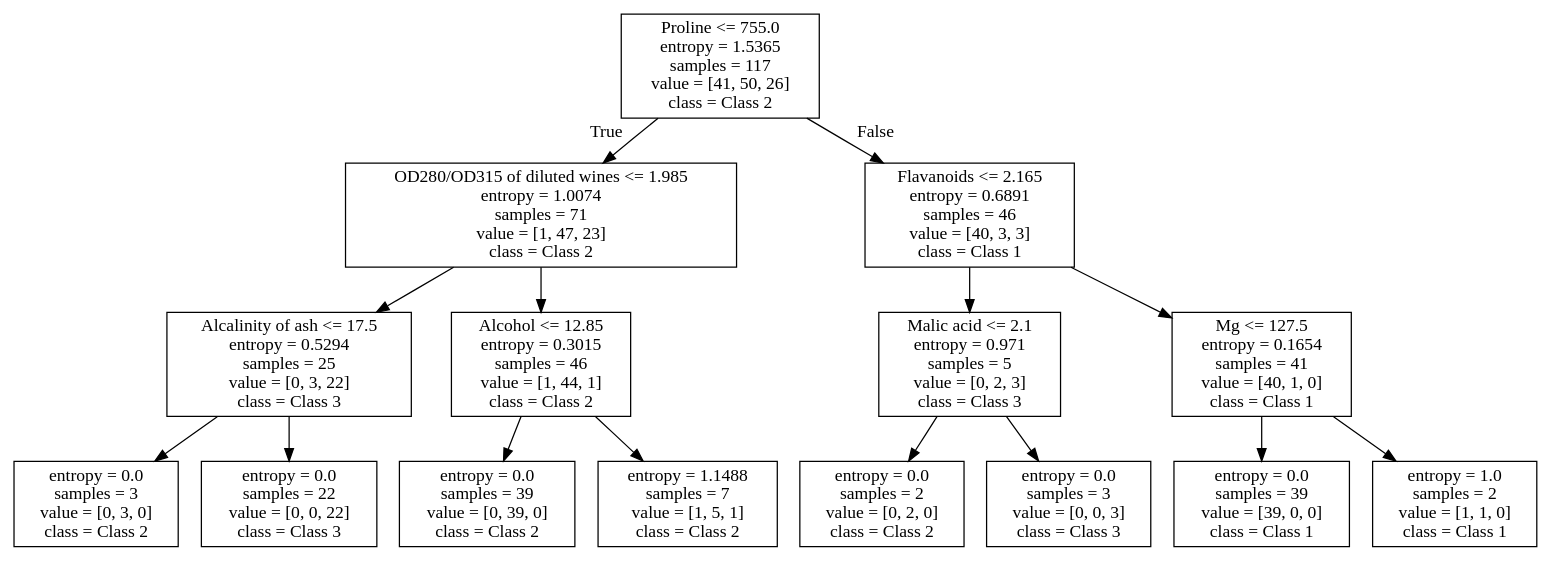
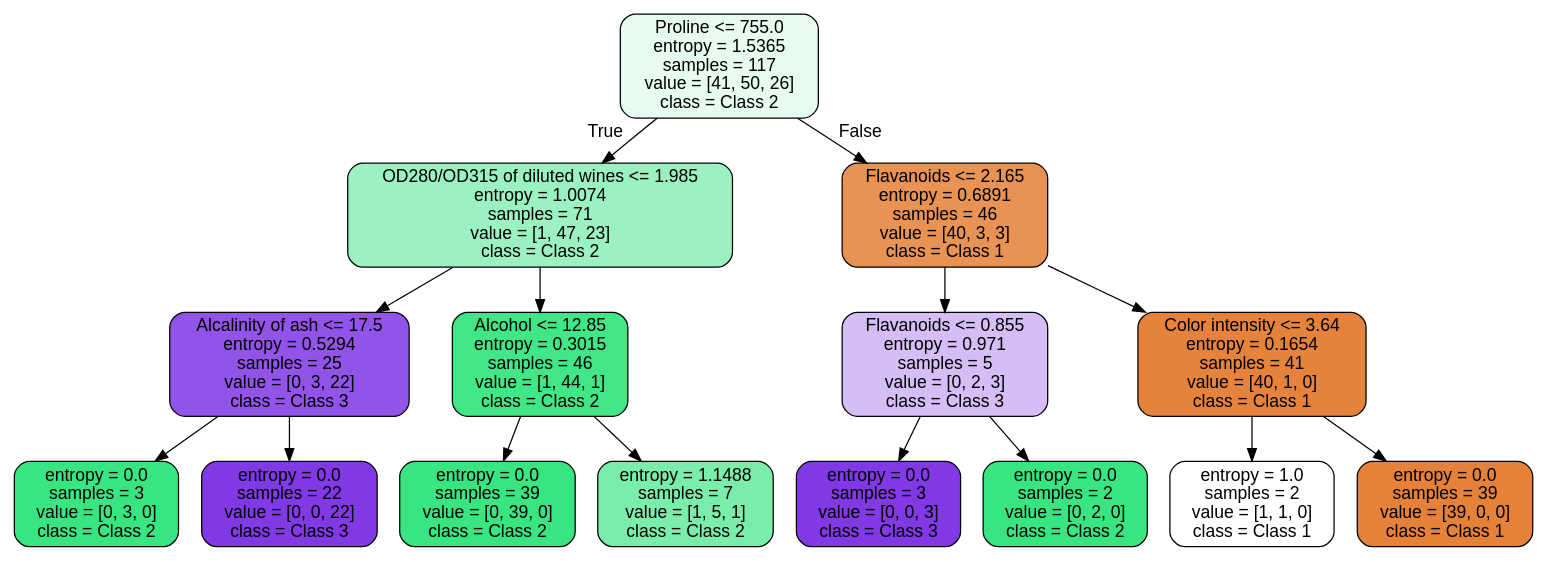
Before and after one commit to MattTriano/Advanced_Data_Mining: the diagram in assns/wine_tree.dot, drawn with Graphviz. The commit also changed 2 other files, not shown here.

```diff
--- a/assns/wine_tree.dot
+++ b/assns/wine_tree.dot
@@ -1,32 +1,33 @@
 digraph Tree {
-node [shape=box] ;
-0 [label="Proline <= 755.0\nentropy = 1.5365\nsamples = 117\nvalue = [41, 50, 26]\nclass = Class 2"] ;
-1 [label="OD280/OD315 of diluted wines <= 1.985\nentropy = 1.0074\nsamples = 71\nvalue = [1, 47, 23]\nclass = Class 2"] ;
+node [shape=box, style="filled, rounded", color="black", fontname=helvetica] ;
+edge [fontname=helvetica] ;
+0 [label="Proline <= 755.0\nentropy = 1.5365\nsamples = 117\nvalue = [41, 50, 26]\nclass = Class 2", fillcolor="#39e5811e"] ;
+1 [label="OD280/OD315 of diluted wines <= 1.985\nentropy = 1.0074\nsamples = 71\nvalue = [1, 47, 23]\nclass = Class 2", fillcolor="#39e58180"] ;
 0 -> 1 [labeldistance=2.5, labelangle=45, headlabel="True"] ;
-2 [label="Alcalinity of ash <= 17.5\nentropy = 0.5294\nsamples = 25\nvalue = [0, 3, 22]\nclass = Class 3"] ;
+2 [label="Alcalinity of ash <= 17.5\nentropy = 0.5294\nsamples = 25\nvalue = [0, 3, 22]\nclass = Class 3", fillcolor="#8139e5dc"] ;
 1 -> 2 ;
-3 [label="entropy = 0.0\nsamples = 3\nvalue = [0, 3, 0]\nclass = Class 2"] ;
+3 [label="entropy = 0.0\nsamples = 3\nvalue = [0, 3, 0]\nclass = Class 2", fillcolor="#39e581ff"] ;
 2 -> 3 ;
-4 [label="entropy = 0.0\nsamples = 22\nvalue = [0, 0, 22]\nclass = Class 3"] ;
+4 [label="entropy = 0.0\nsamples = 22\nvalue = [0, 0, 22]\nclass = Class 3", fillcolor="#8139e5ff"] ;
 2 -> 4 ;
-5 [label="Alcohol <= 12.85\nentropy = 0.3015\nsamples = 46\nvalue = [1, 44, 1]\nclass = Class 2"] ;
+5 [label="Alcohol <= 12.85\nentropy = 0.3015\nsamples = 46\nvalue = [1, 44, 1]\nclass = Class 2", fillcolor="#39e581f4"] ;
 1 -> 5 ;
-6 [label="entropy = 0.0\nsamples = 39\nvalue = [0, 39, 0]\nclass = Class 2"] ;
+6 [label="entropy = 0.0\nsamples = 39\nvalue = [0, 39, 0]\nclass = Class 2", fillcolor="#39e581ff"] ;
 5 -> 6 ;
-7 [label="entropy = 1.1488\nsamples = 7\nvalue = [1, 5, 1]\nclass = Class 2"] ;
+7 [label="entropy = 1.1488\nsamples = 7\nvalue = [1, 5, 1]\nclass = Class 2", fillcolor="#39e581aa"] ;
 5 -> 7 ;
-8 [label="Flavanoids <= 2.165\nentropy = 0.6891\nsamples = 46\nvalue = [40, 3, 3]\nclass = Class 1"] ;
+8 [label="Flavanoids <= 2.165\nentropy = 0.6891\nsamples = 46\nvalue = [40, 3, 3]\nclass = Class 1", fillcolor="#e58139db"] ;
 0 -> 8 [labeldistance=2.5, labelangle=-45, headlabel="False"] ;
-9 [label="Malic acid <= 2.1\nentropy = 0.971\nsamples = 5\nvalue = [0, 2, 3]\nclass = Class 3"] ;
+9 [label="Flavanoids <= 0.855\nentropy = 0.971\nsamples = 5\nvalue = [0, 2, 3]\nclass = Class 3", fillcolor="#8139e555"] ;
 8 -> 9 ;
-10 [label="entropy = 0.0\nsamples = 2\nvalue = [0, 2, 0]\nclass = Class 2"] ;
+10 [label="entropy = 0.0\nsamples = 3\nvalue = [0, 0, 3]\nclass = Class 3", fillcolor="#8139e5ff"] ;
 9 -> 10 ;
-11 [label="entropy = 0.0\nsamples = 3\nvalue = [0, 0, 3]\nclass = Class 3"] ;
+11 [label="entropy = 0.0\nsamples = 2\nvalue = [0, 2, 0]\nclass = Class 2", fillcolor="#39e581ff"] ;
 9 -> 11 ;
-12 [label="Mg <= 127.5\nentropy = 0.1654\nsamples = 41\nvalue = [40, 1, 0]\nclass = Class 1"] ;
+12 [label="Color intensity <= 3.64\nentropy = 0.1654\nsamples = 41\nvalue = [40, 1, 0]\nclass = Class 1", fillcolor="#e58139f9"] ;
 8 -> 12 ;
-13 [label="entropy = 0.0\nsamples = 39\nvalue = [39, 0, 0]\nclass = Class 1"] ;
+13 [label="entropy = 1.0\nsamples = 2\nvalue = [1, 1, 0]\nclass = Class 1", fillcolor="#e5813900"] ;
 12 -> 13 ;
-14 [label="entropy = 1.0\nsamples = 2\nvalue = [1, 1, 0]\nclass = Class 1"] ;
+14 [label="entropy = 0.0\nsamples = 39\nvalue = [39, 0, 0]\nclass = Class 1", fillcolor="#e58139ff"] ;
 12 -> 14 ;
 }
```
